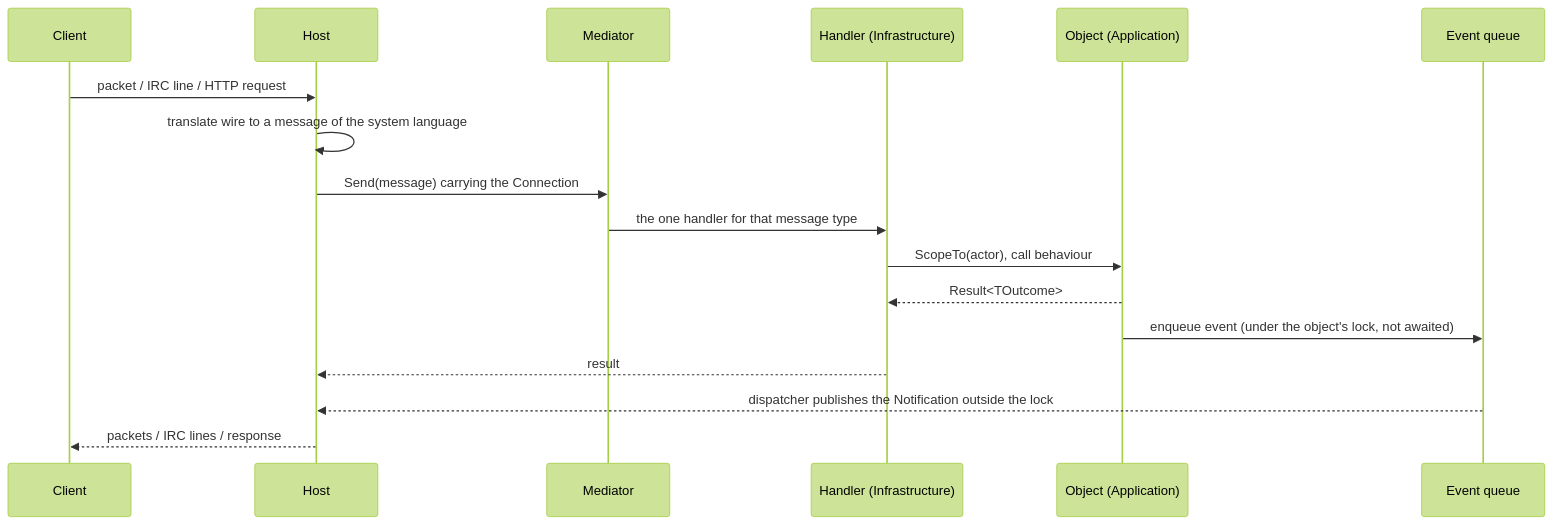
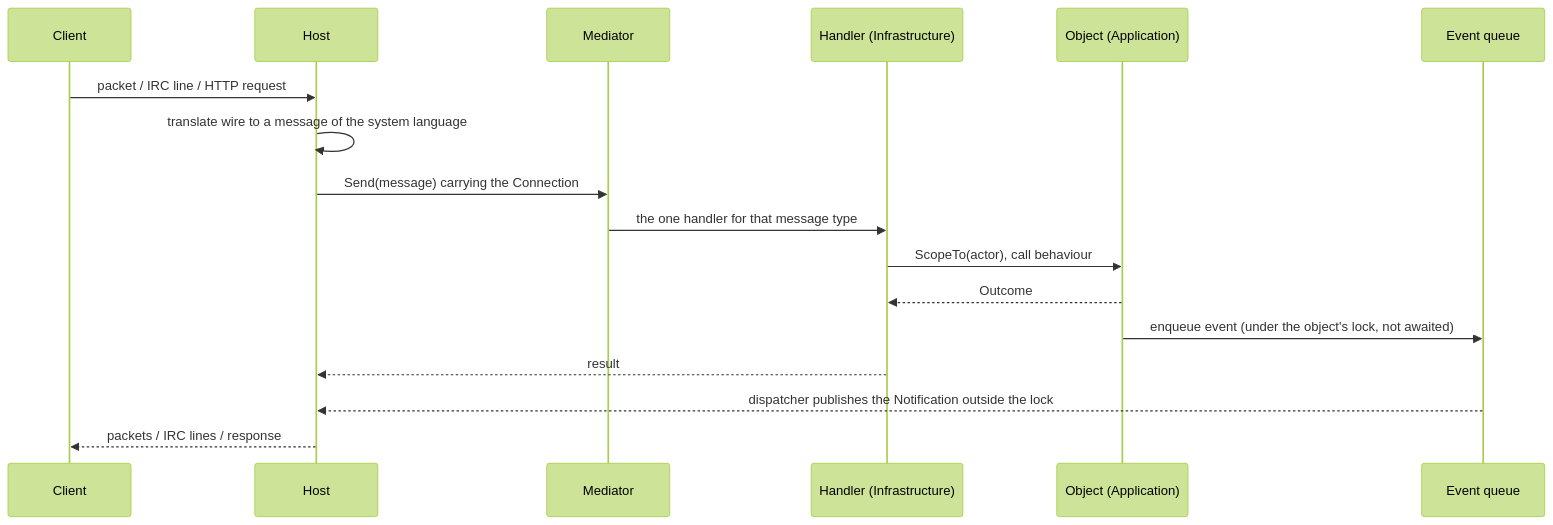
Before and after one commit to thnhmai06/osuBasil: the diagram in docs/for-developers/architecture.md, drawn with Mermaid (forest theme). The commit also changed other lines of this file and 334 other files, not shown here.

First line of the commit message:
refactor: Result<TOutcome> removed, each outcome enum has Denied = 0 and a refusal no longer names the missing privileges

````diff
--- a/docs/for-developers/architecture.md
+++ b/docs/for-developers/architecture.md
@@ -121,19 +121,19 @@
 ```mermaid
 sequenceDiagram
     participant C as Client
     participant H as Host
     participant M as Mediator
     participant X as Handler (Infrastructure)
     participant O as Object (Application)
     participant Q as Event queue
     C->>H: packet / IRC line / HTTP request
     H->>H: translate wire to a message of the system language
     H->>M: Send(message) carrying the Connection
     M->>X: the one handler for that message type
     X->>O: ScopeTo(actor), call behaviour
-    O-->>X: Result<TOutcome>
+    O-->>X: Outcome
     O->>Q: enqueue event (under the object's lock, not awaited)
     X-->>H: result
     Q-->>H: dispatcher publishes the Notification outside the lock
     H-->>C: packets / IRC lines / response
 ```
````
